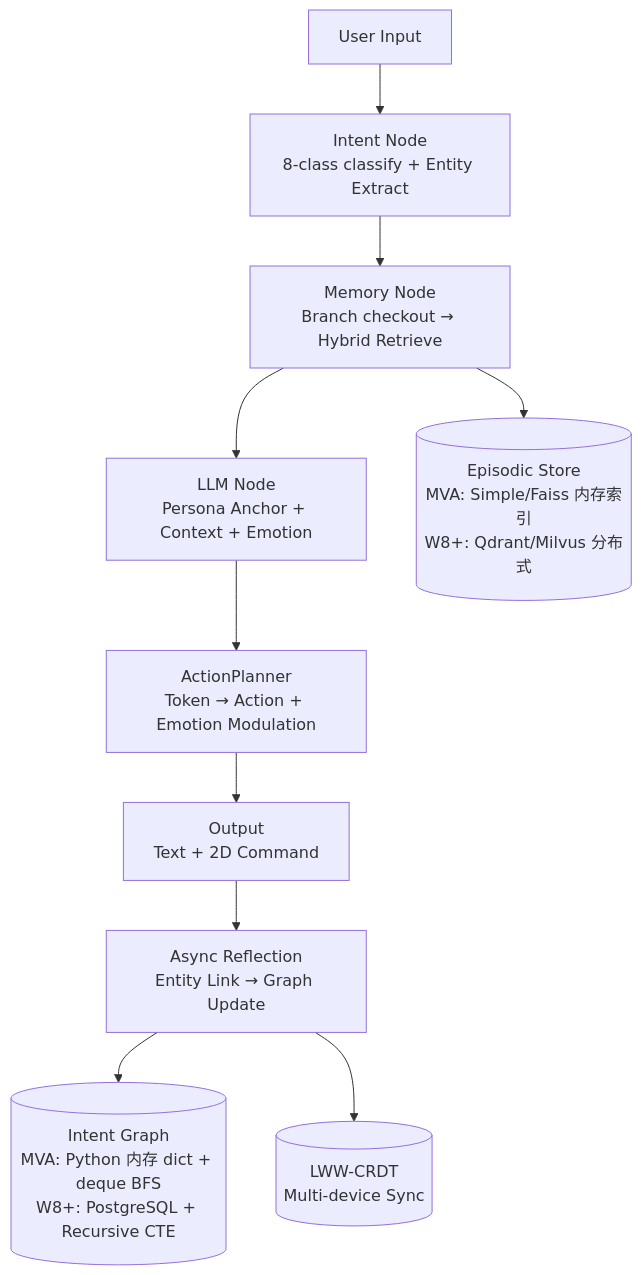
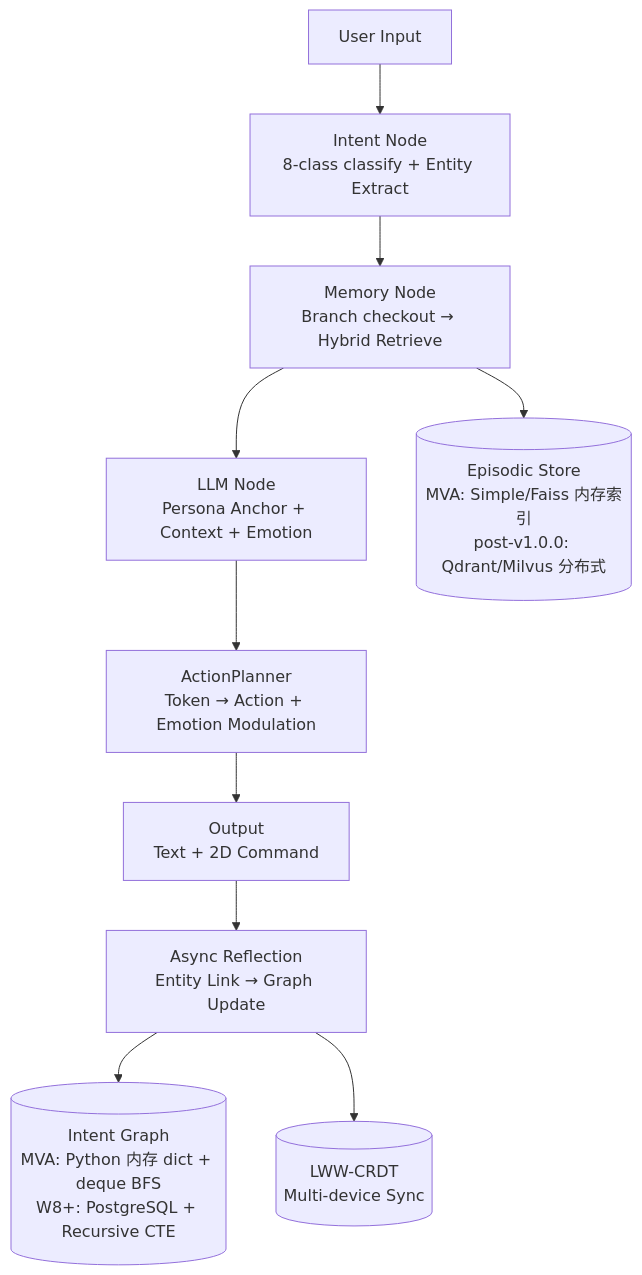
The diagram in readme.md (huanghe-00/ChronoPersona), drawn with Mermaid before and after one commit. The commit also changed other lines of this file and 2 other files, not shown here.

````diff
--- a/readme.md
+++ b/readme.md
@@ -106,12 +106,12 @@
 ```mermaid
 graph TD
     A[User Input] --> B[Intent Node<br/>8-class classify + Entity Extract]
     B --> C[Memory Node<br/>Branch checkout → Hybrid Retrieve]
     C --> D[LLM Node<br/>Persona Anchor + Context + Emotion]
     D --> E[ActionPlanner<br/>Token → Action + Emotion Modulation]
     E --> F[Output<br/>Text + 2D Command]
     F --> G[Async Reflection<br/>Entity Link → Graph Update]
     G --> H[(Intent Graph<br/>MVA: Python 内存 dict + deque BFS<br/>W8+: PostgreSQL + Recursive CTE)]
-    C --> I[(Episodic Store<br/>MVA: Simple/Faiss 内存索引<br/>W8+: Qdrant/Milvus 分布式)]
+    C --> I[(Episodic Store<br/>MVA: Simple/Faiss 内存索引<br/>post-v1.0.0: Qdrant/Milvus 分布式)]
     G --> J[(LWW-CRDT<br/>Multi-device Sync)]
 ```
````
